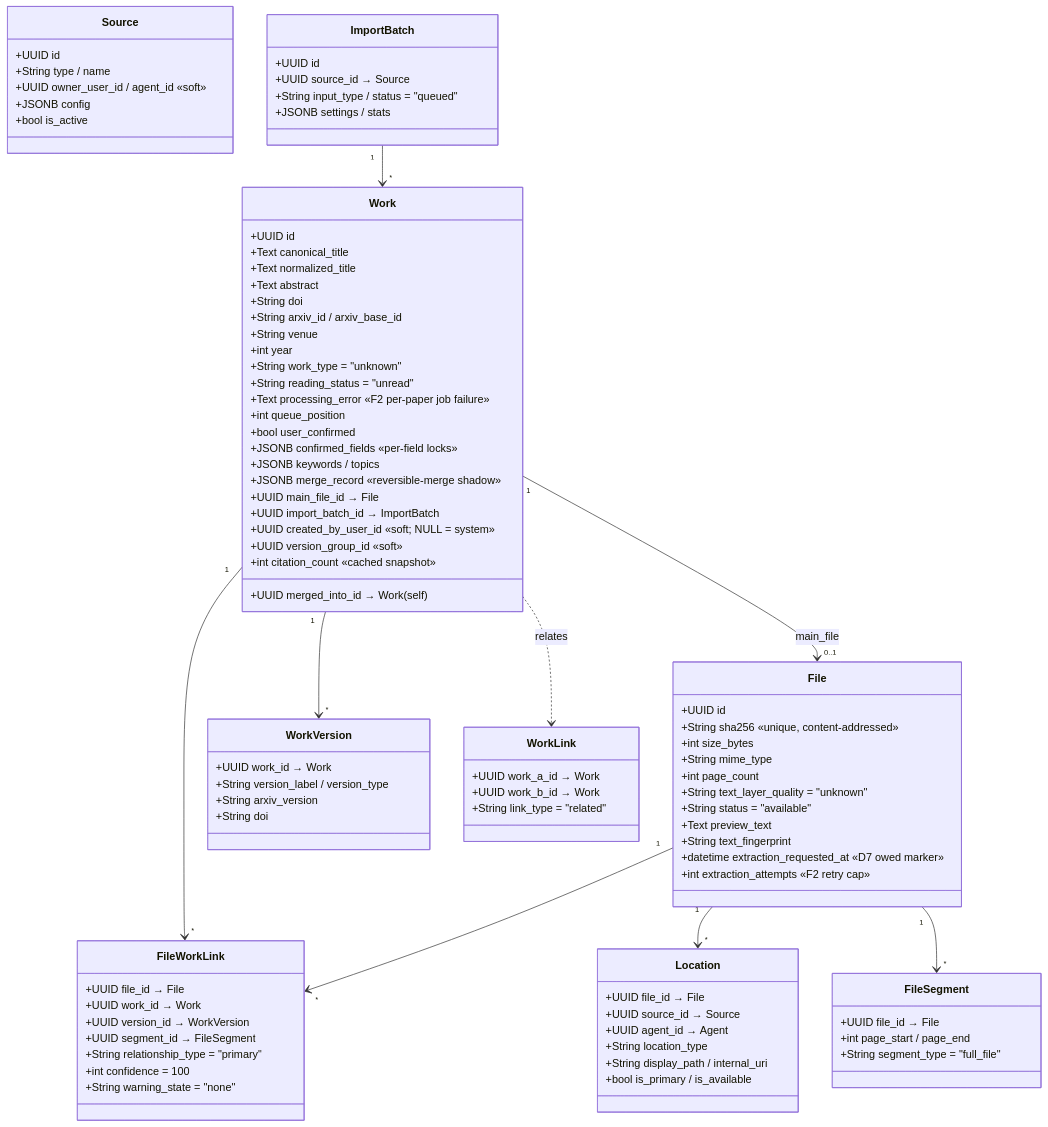
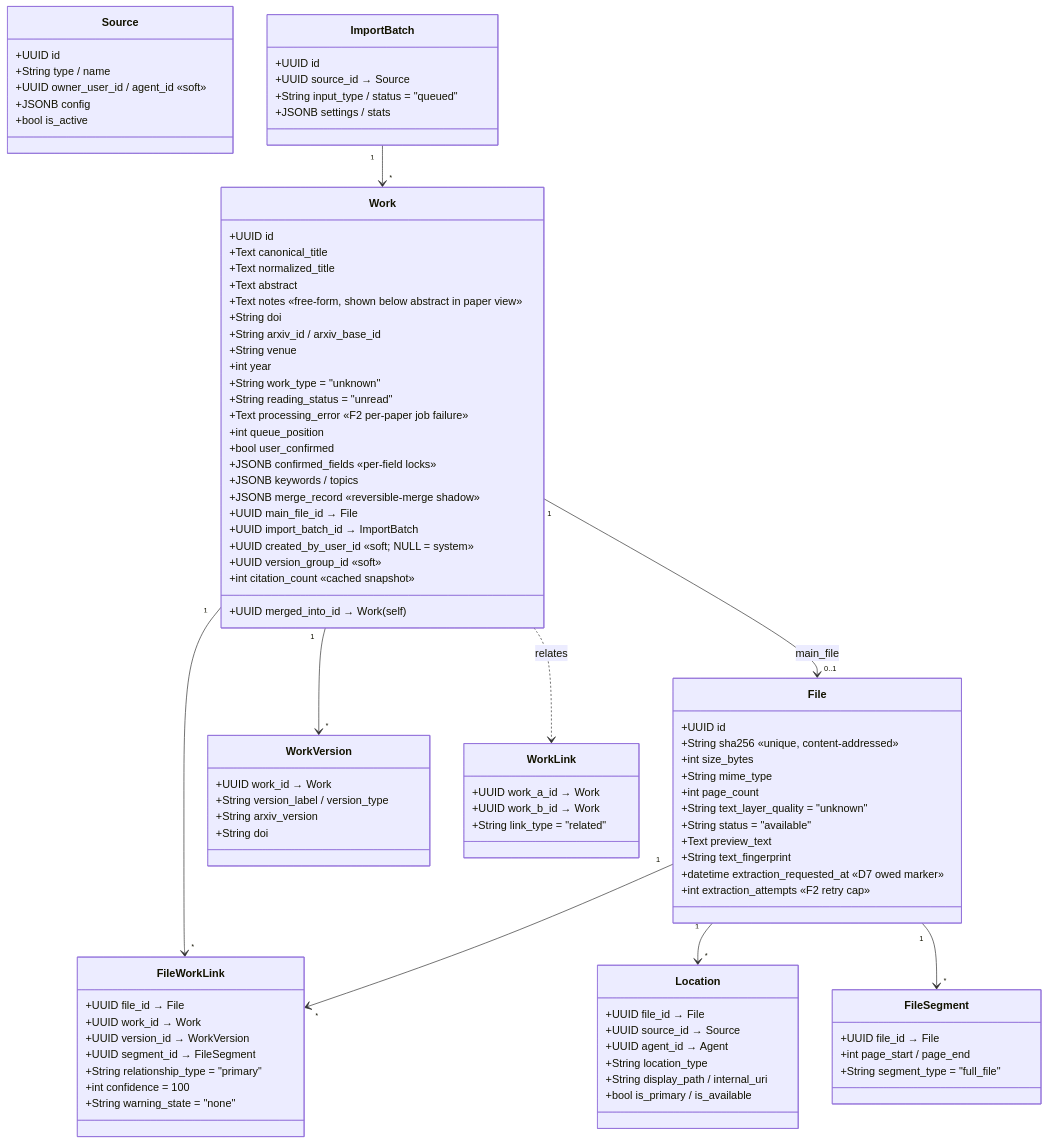
The second of 4 diagrams in docs/reference/02_data_model.md (radoskov/paracord), drawn with Mermaid before and after one commit. The commit also changed other lines of this file and 9 other files, not shown here.

```diff
--- a/docs/reference/02_data_model.md
+++ b/docs/reference/02_data_model.md
@@ -119,6 +130,7 @@
         +Text canonical_title
         +Text normalized_title
         +Text abstract
+        +Text notes  «free-form, shown below abstract in paper view»
         +String doi
         +String arxiv_id / arxiv_base_id
         +String venue
```
